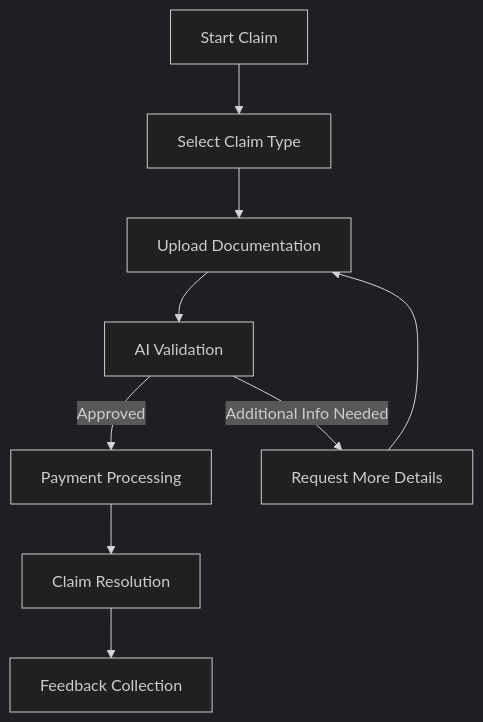
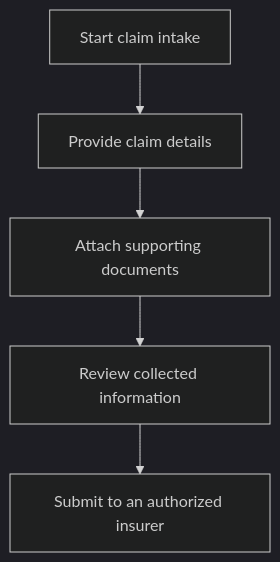
Before and after one commit to yaksheng/projects: the second of 3 diagrams in hackathons/20251031-singhacks/user-journey/README.md, drawn with Mermaid (dark theme). The commit also changed other lines of this file and 14 other files, not shown here.

````diff
--- a/hackathons/20251031-singhacks/user-journey/README.md
+++ b/hackathons/20251031-singhacks/user-journey/README.md
@@ -60,11 +15,7 @@
 ```mermaid
 graph TD
-    A[Start Claim] --> B[Select Claim Type]
-    B --> C[Upload Documentation]
-    C --> D[AI Validation]
-    D -->|Approved| E[Payment Processing]
-    D -->|Additional Info Needed| F[Request More Details]
-    F --> C
-    E --> G[Claim Resolution]
-    G --> H[Feedback Collection]
+    Start[Start claim intake] --> Details[Provide claim details]
+    Details --> Documents[Attach supporting documents]
+    Documents --> Review[Review collected information]
+    Review --> Handoff[Submit to an authorized insurer]
 ```
````
